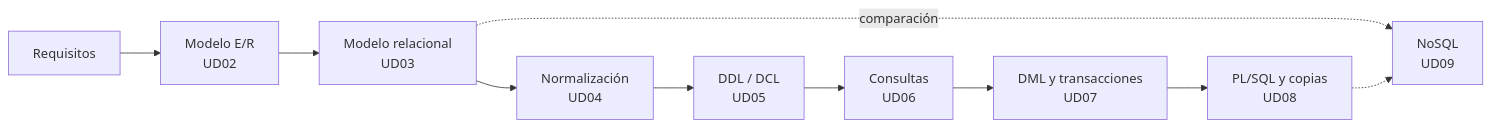
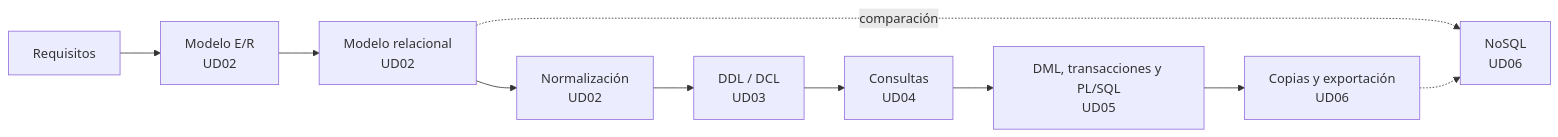
One commit to LorenaLResusta/GBD changed the diagram in content.es/_index.md. Above: the diagram before and after it, drawn with Mermaid. The commit also changed other lines of this file and 142 other files, not shown here.

````diff
--- a/content.es/_index.md
+++ b/content.es/_index.md
@@ -25,12 +25,12 @@
 ```mermaid
 flowchart LR
     A[Requisitos] --> B[Modelo E/R<br/>UD02]
-    B --> C[Modelo relacional<br/>UD03]
-    C --> D[Normalización<br/>UD04]
-    D --> E[DDL / DCL<br/>UD05]
-    E --> F[Consultas<br/>UD06]
-    F --> G[DML y transacciones<br/>UD07]
-    G --> H[PL/SQL y copias<br/>UD08]
-    C -.comparación.-> I[NoSQL<br/>UD09]
+    B --> C[Modelo relacional<br/>UD02]
+    C --> D[Normalización<br/>UD02]
+    D --> E[DDL / DCL<br/>UD03]
+    E --> F[Consultas<br/>UD04]
+    F --> G[DML, transacciones y PL/SQL<br/>UD05]
+    G --> H[Copias y exportación<br/>UD06]
+    C -.comparación.-> I[NoSQL<br/>UD06]
     H -.-> I
 ```
````
